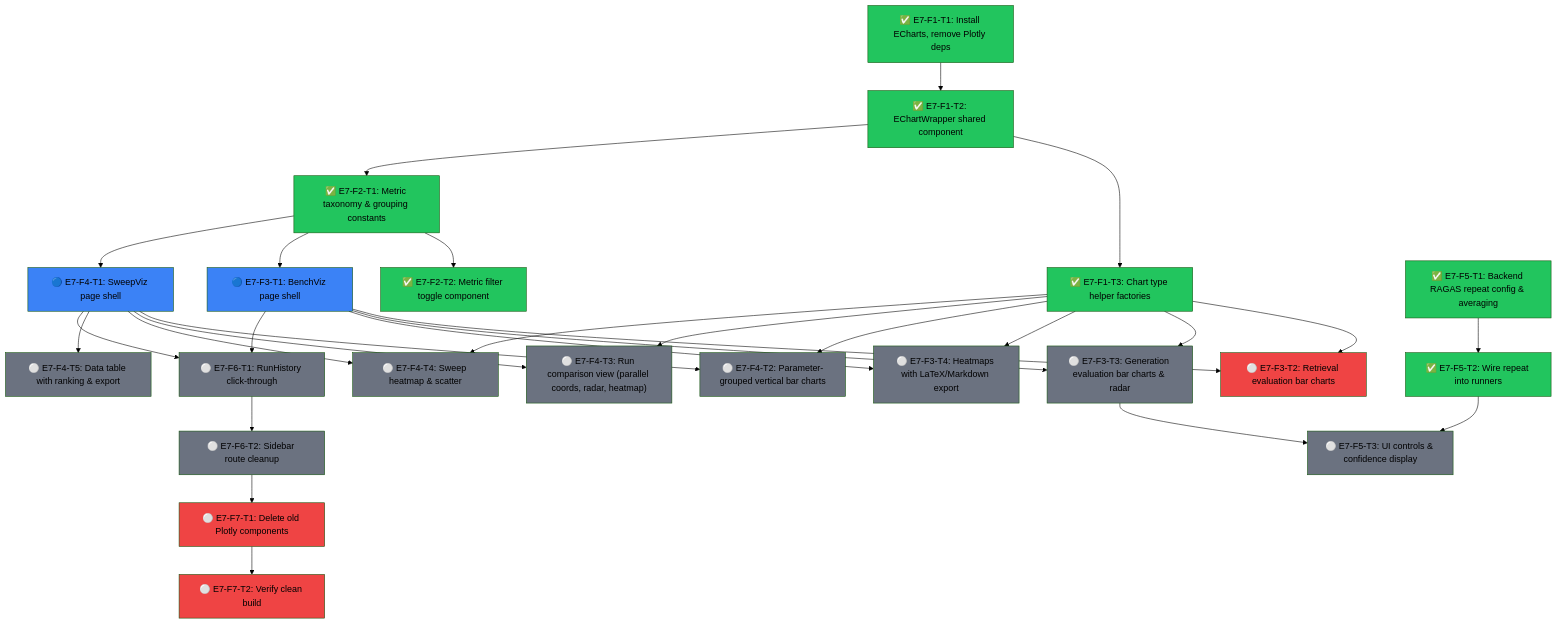
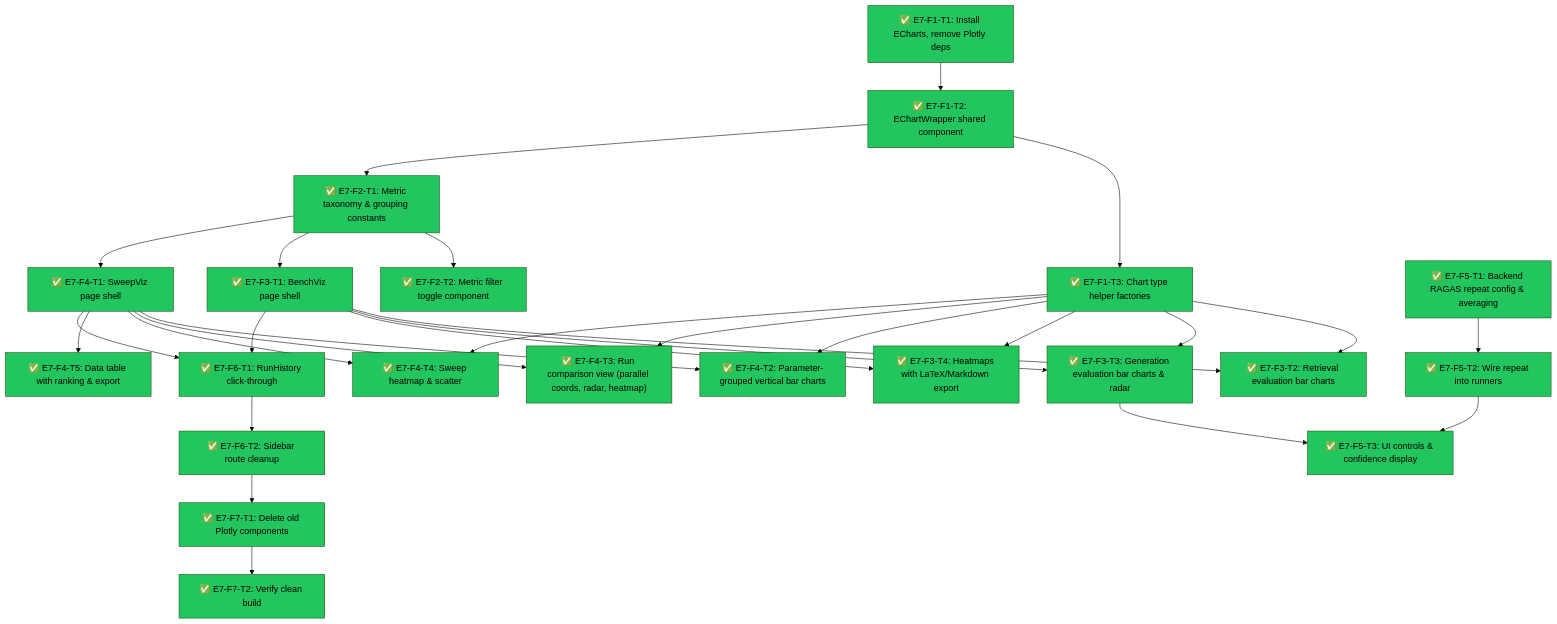
Before and after one commit to Vutiot/EvenementsRAG: the diagram in roadmap-evaluation.md, drawn with Mermaid (forest theme). The commit also changed other lines of this file and 16 other files, not shown here.

First line of the commit message:
feat(E7-F7): delete Plotly components, redirect old routes, verify clean build

````diff
--- a/roadmap-evaluation.md
+++ b/roadmap-evaluation.md
@@ -21,26 +21,26 @@
   E7F2T1["✅ E7-F2-T1: Metric taxonomy & grouping constants"]
   E7F2T2["✅ E7-F2-T2: Metric filter toggle component"]
 
-  E7F3T1["🔵 E7-F3-T1: BenchViz page shell"]
-  E7F3T2["⚪ E7-F3-T2: Retrieval evaluation bar charts"]
-  E7F3T3["⚪ E7-F3-T3: Generation evaluation bar charts & radar"]
-  E7F3T4["⚪ E7-F3-T4: Heatmaps with LaTeX/Markdown export"]
+  E7F3T1["✅ E7-F3-T1: BenchViz page shell"]
+  E7F3T2["✅ E7-F3-T2: Retrieval evaluation bar charts"]
+  E7F3T3["✅ E7-F3-T3: Generation evaluation bar charts & radar"]
+  E7F3T4["✅ E7-F3-T4: Heatmaps with LaTeX/Markdown export"]
 
-  E7F4T1["🔵 E7-F4-T1: SweepViz page shell"]
-  E7F4T2["⚪ E7-F4-T2: Parameter-grouped vertical bar charts"]
-  E7F4T3["⚪ E7-F4-T3: Run comparison view (parallel coords, radar, heatmap)"]
-  E7F4T4["⚪ E7-F4-T4: Sweep heatmap & scatter"]
-  E7F4T5["⚪ E7-F4-T5: Data table with ranking & export"]
+  E7F4T1["✅ E7-F4-T1: SweepViz page shell"]
+  E7F4T2["✅ E7-F4-T2: Parameter-grouped vertical bar charts"]
+  E7F4T3["✅ E7-F4-T3: Run comparison view (parallel coords, radar, heatmap)"]
+  E7F4T4["✅ E7-F4-T4: Sweep heatmap & scatter"]
+  E7F4T5["✅ E7-F4-T5: Data table with ranking & export"]
 
   E7F5T1["✅ E7-F5-T1: Backend RAGAS repeat config & averaging"]
   E7F5T2["✅ E7-F5-T2: Wire repeat into runners"]
-  E7F5T3["⚪ E7-F5-T3: UI controls & confidence display"]
+  E7F5T3["✅ E7-F5-T3: UI controls & confidence display"]
 
-  E7F6T1["⚪ E7-F6-T1: RunHistory click-through"]
-  E7F6T2["⚪ E7-F6-T2: Sidebar route cleanup"]
+  E7F6T1["✅ E7-F6-T1: RunHistory click-through"]
+  E7F6T2["✅ E7-F6-T2: Sidebar route cleanup"]
 
-  E7F7T1["⚪ E7-F7-T1: Delete old Plotly components"]
-  E7F7T2["⚪ E7-F7-T2: Verify clean build"]
+  E7F7T1["✅ E7-F7-T1: Delete old Plotly components"]
+  E7F7T2["✅ E7-F7-T2: Verify clean build"]
 
   E7F1T1 --> E7F1T2
   E7F1T2 --> E7F1T3
@@ -80,20 +80,20 @@
   style E7F1T3 fill:#22c55e
   style E7F2T1 fill:#22c55e
   style E7F2T2 fill:#22c55e
-  style E7F3T1 fill:#3b82f6
-  style E7F3T2 fill:#ef4444
-  style E7F3T3 fill:#6b7280
-  style E7F3T4 fill:#6b7280
-  style E7F4T1 fill:#3b82f6
-  style E7F4T2 fill:#6b7280
-  style E7F4T3 fill:#6b7280
-  style E7F4T4 fill:#6b7280
-  style E7F4T5 fill:#6b7280
+  style E7F3T1 fill:#22c55e
+  style E7F3T2 fill:#22c55e
+  style E7F3T3 fill:#22c55e
+  style E7F3T4 fill:#22c55e
+  style E7F4T1 fill:#22c55e
+  style E7F4T2 fill:#22c55e
+  style E7F4T3 fill:#22c55e
+  style E7F4T4 fill:#22c55e
+  style E7F4T5 fill:#22c55e
   style E7F5T1 fill:#22c55e
   style E7F5T2 fill:#22c55e
-  style E7F5T3 fill:#6b7280
-  style E7F6T1 fill:#6b7280
-  style E7F6T2 fill:#6b7280
-  style E7F7T1 fill:#ef4444
-  style E7F7T2 fill:#ef4444
+  style E7F5T3 fill:#22c55e
+  style E7F6T1 fill:#22c55e
+  style E7F6T2 fill:#22c55e
+  style E7F7T1 fill:#22c55e
+  style E7F7T2 fill:#22c55e
 ```
````
